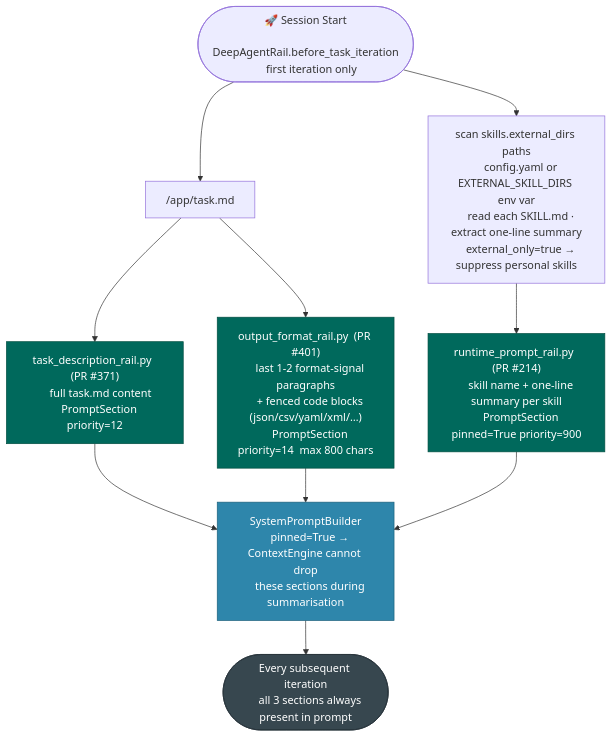
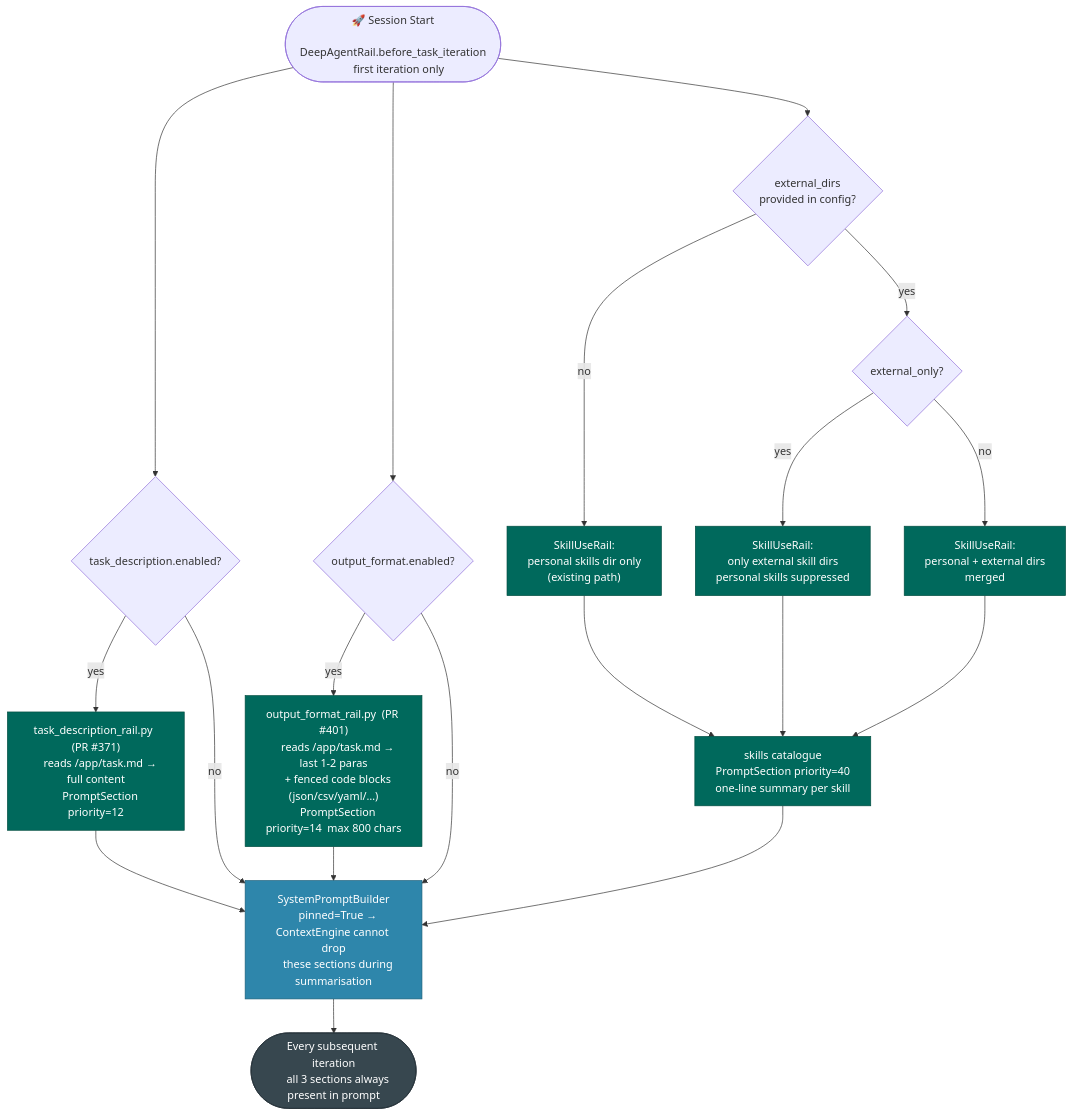
Before and after one commit to michaelatamuk/openjiuwen-jiuwenswarm: the third of 8 diagrams in docs-michael/Implementation.Overview.md, drawn with Mermaid. The commit also changed other lines of this file, not shown here.

Commit message:
Working on Jiuwenswarm

````diff
--- a/docs-michael/Implementation.Overview.md
+++ b/docs-michael/Implementation.Overview.md
@@ -521,37 +521,51 @@
 ```mermaid
 flowchart TD
     classDef init fill:#00695C,color:#fff,stroke:#004D40
     classDef pin  fill:#2E86AB,color:#fff,stroke:#1a5f7a
     classDef eng  fill:#37474F,color:#fff,stroke:#263238
 
     INIT(["🚀 Session Start
     DeepAgentRail.before_task_iteration
     first iteration only"])
 
-    INIT --> READ["/app/task.md"]
+    INIT --> TD_GATE{"task_description.enabled?"}
+    INIT --> OF_GATE{"output_format.enabled?"}
+    TD_GATE -->|"yes"| TDR["task_description_rail.py  (PR #371)
+    reads /app/task.md → full content
+    PromptSection priority=12"]:::init
+    TD_GATE -->|"no"| SPB
 
-    READ --> TDR["task_description_rail.py  (PR #371)
-    full task.md content
-    PromptSection priority=12"]:::init
+    OF_GATE -->|"yes"| OFR["output_format_rail.py  (PR #401)
+    reads /app/task.md → last 1-2 paras
+    + fenced code blocks (json/csv/yaml/…)
+    PromptSection priority=14  max 800 chars"]:::init
+    OF_GATE -->|"no"| SPB
 
-    READ --> OFR["output_format_rail.py  (PR #401)
-    last 1-2 format-signal paragraphs
-    + fenced code blocks (json/csv/yaml/xml/…)
-    PromptSection priority=14  max 800 chars"]:::init
+    INIT --> SKILL_GATE{"external_dirs
+    provided in config?"}
 
-    INIT --> SCAN["scan skills.external_dirs paths
-    config.yaml or EXTERNAL_SKILL_DIRS env var
-    read each SKILL.md · extract one-line summary
-    external_only=true → suppress personal skills"]
+    SKILL_GATE -->|"no"| PERS_ONLY["SkillUseRail:
+    personal skills dir only
+    (existing path)"]:::init
 
-    SCAN --> ESD["runtime_prompt_rail.py  (PR #214)
-    skill name + one-line summary per skill
-    PromptSection pinned=True priority=900"]:::init
+    SKILL_GATE -->|"yes"| EXT_ONLY{"external_only?"}
 
-    TDR & OFR & ESD --> SPB["SystemPromptBuilder
+    EXT_ONLY -->|"yes"| ESD_ONLY["SkillUseRail:
+    only external skill dirs
+    personal skills suppressed"]:::init
+
+    EXT_ONLY -->|"no"| ESD_BOTH["SkillUseRail:
+    personal + external dirs
+    merged"]:::init
+
+    PERS_ONLY & ESD_ONLY & ESD_BOTH --> SKILLS_SECT["skills catalogue
+    PromptSection priority=40
+    one-line summary per skill"]:::init
+
+    TDR & OFR & SKILLS_SECT --> SPB["SystemPromptBuilder
     pinned=True → ContextEngine cannot drop
     these sections during summarisation"]:::pin
 
     SPB --> ALL(["Every subsequent iteration
     all 3 sections always present in prompt"]):::eng
 ```
````
